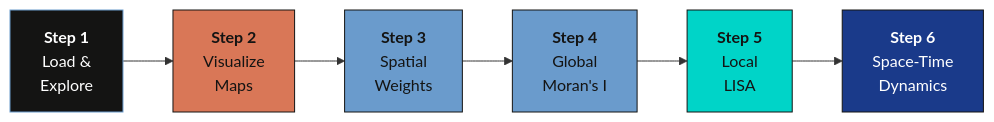
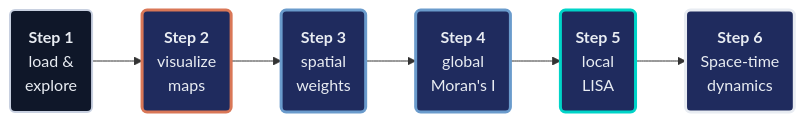
One commit to cmg777/starter-academic-v501 changed the diagram in content/post/python_esda2/index.md. Above: the diagram before and after it, drawn with Mermaid. The commit also changed 16 other files, not shown here.

First line of the commit message:
content(mermaid): restyle flowcharts in Python posts, batch 1 of 2

````diff
--- a/content/post/python_esda2/index.md
+++ b/content/post/python_esda2/index.md
@@ -241,15 +241,18 @@
 ```mermaid
 graph LR
-    A["<b>Step 1</b><br/>Load &<br/>Explore"] --> B["<b>Step 2</b><br/>Visualize<br/>Maps"]
-    B --> C["<b>Step 3</b><br/>Spatial<br/>Weights"]
-    C --> D["<b>Step 4</b><br/>Global<br/>Moran's I"]
-    D --> E["<b>Step 5</b><br/>Local<br/>LISA"]
-    E --> F["<b>Step 6</b><br/>Space-Time<br/>Dynamics"]
-
-    style A fill:#141413,stroke:#6a9bcc,color:#fff
-    style B fill:#d97757,stroke:#141413,color:#141413
-    style C fill:#6a9bcc,stroke:#141413,color:#141413
-    style D fill:#6a9bcc,stroke:#141413,color:#141413
-    style E fill:#00d4c8,stroke:#141413,color:#141413
-    style F fill:#1a3a8a,stroke:#141413,color:#fff
+    A("<b>Step 1</b><br/>load &<br/>explore") --> B("<b>Step 2</b><br/>visualize<br/>maps")
+    B --> C("<b>Step 3</b><br/>spatial<br/>weights")
+    C --> D("<b>Step 4</b><br/>global<br/>Moran's I")
+    D --> E("<b>Step 5</b><br/>local<br/>LISA")
+    E --> F("<b>Step 6</b><br/>Space-time<br/>dynamics")
+    classDef anchor fill:#0f1729,stroke:#c8d0e0,stroke-width:2px,color:#e8ecf2
+    classDef orange fill:#1f2b5e,stroke:#d97757,stroke-width:3px,color:#e8ecf2
+    classDef blue fill:#1f2b5e,stroke:#6a9bcc,stroke-width:3px,color:#e8ecf2
+    classDef teal fill:#1f2b5e,stroke:#00d4c8,stroke-width:3px,color:#e8ecf2
+    classDef key fill:#1f2b5e,stroke:#e8ecf2,stroke-width:3px,color:#e8ecf2
+    class A anchor
+    class B orange
+    class C,D blue
+    class E teal
+    class F key
 ```
````
